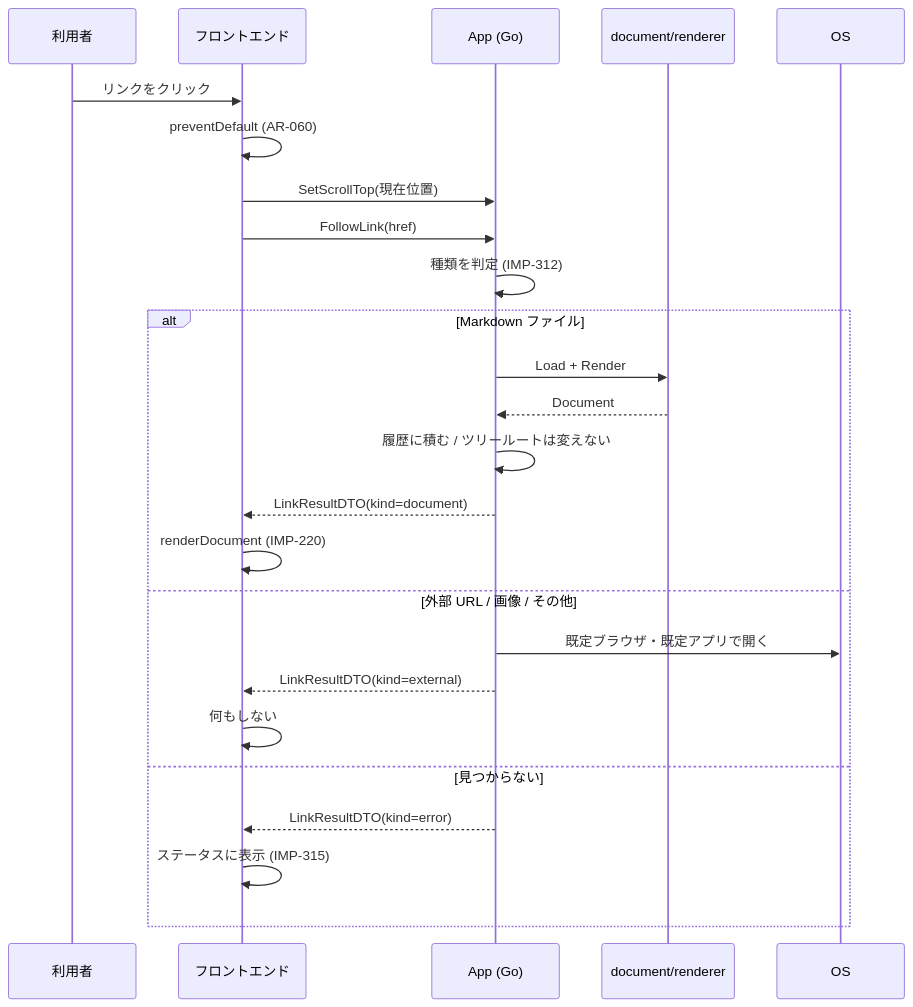
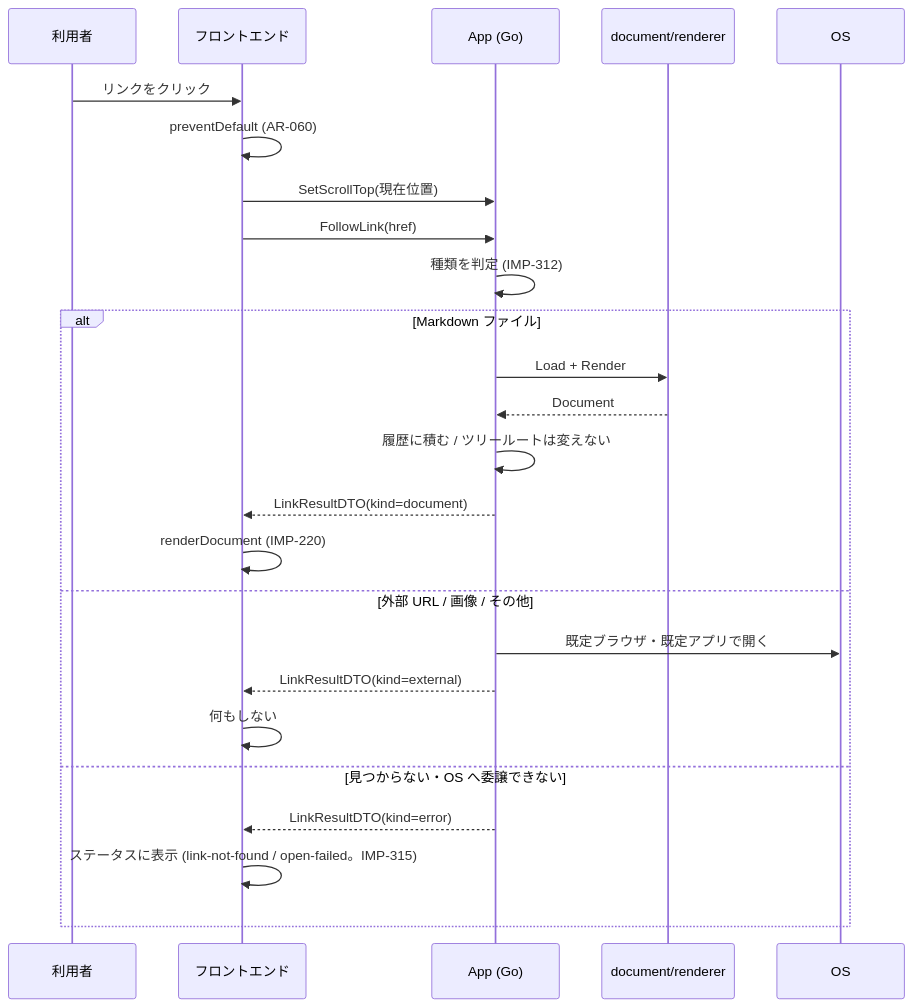
The second of 4 diagrams in docs/specs/13-impl-interface.md (kznagamori/go_MarkView), drawn with Mermaid before and after one commit. The commit also changed other lines of this file and 25 other files, not shown here.

````diff
--- a/docs/specs/13-impl-interface.md
+++ b/docs/specs/13-impl-interface.md
@@ -392,28 +486,28 @@
 ```mermaid
 sequenceDiagram
     participant U as 利用者
     participant FE as フロントエンド
     participant APP as App (Go)
     participant DOC as document/renderer
     participant OS as OS
 
     U->>FE: リンクをクリック
     FE->>FE: preventDefault (AR-060)
     FE->>APP: SetScrollTop(現在位置)
     FE->>APP: FollowLink(href)
     APP->>APP: 種類を判定 (IMP-312)
     alt Markdown ファイル
         APP->>DOC: Load + Render
         DOC-->>APP: Document
         APP->>APP: 履歴に積む / ツリールートは変えない
         APP-->>FE: LinkResultDTO(kind=document)
         FE->>FE: renderDocument (IMP-220)
     else 外部 URL / 画像 / その他
         APP->>OS: 既定ブラウザ・既定アプリで開く
         APP-->>FE: LinkResultDTO(kind=external)
         FE->>FE: 何もしない
-    else 見つからない
+    else 見つからない・OS へ委譲できない
         APP-->>FE: LinkResultDTO(kind=error)
-        FE->>FE: ステータスに表示 (IMP-315)
+        FE->>FE: ステータスに表示 (link-not-found / open-failed。IMP-315)
     end
 ```
````
